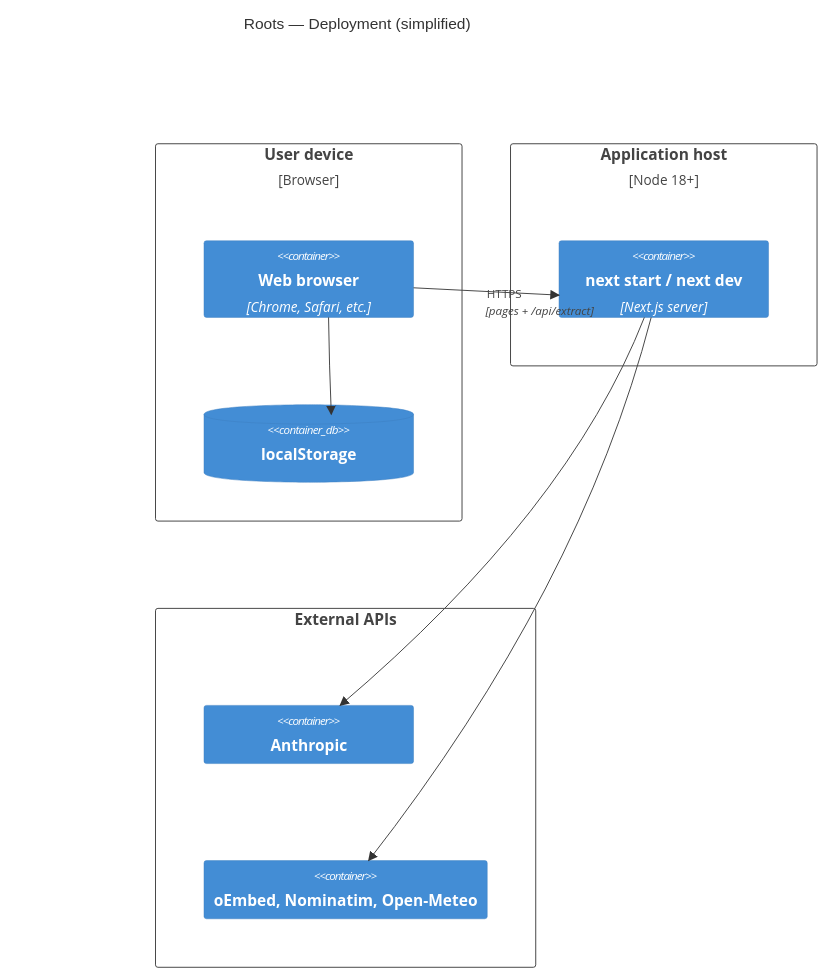
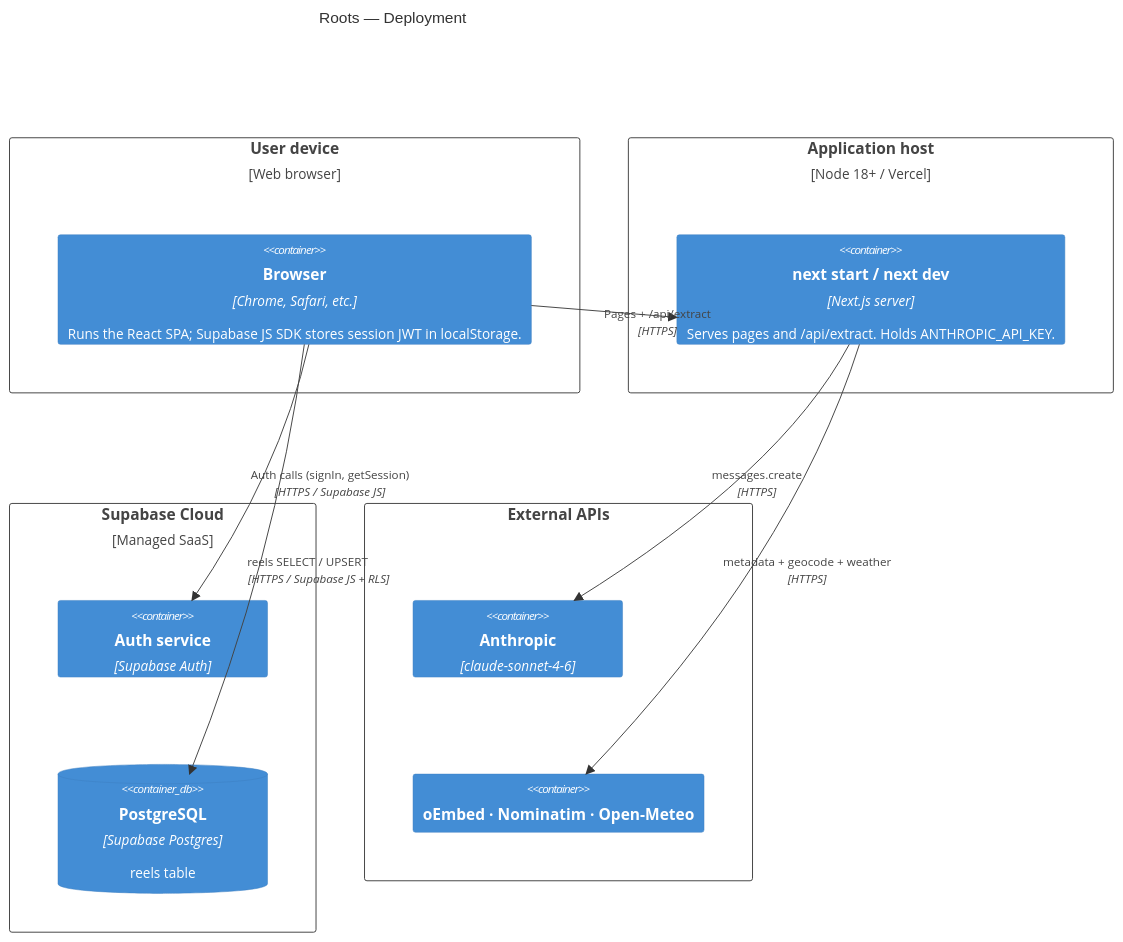
One commit to CSEN-SCU/csen-174-s26-team-project-roots-app changed the seventh of 7 diagrams in architecture/updated-architecture.md. Above: the diagram before and after it, drawn with Mermaid. The commit also changed other lines of this file, not shown here.

First line of the commit message:
Revise architecture documentation for Supabase migration

````diff
--- a/architecture/updated-architecture.md
+++ b/architecture/updated-architecture.md
@@ -235,23 +272,28 @@
 ```mermaid
 C4Deployment
-    title Roots — Deployment (simplified)
+    title Roots — Deployment
 
-    Deployment_Node(user_device, "User device", "Browser") {
-        Container(browser, "Web browser", "Chrome, Safari, etc.")
-        ContainerDb(ls, "localStorage", "")
+    Deployment_Node(user_device, "User device", "Web browser") {
+        Container(browser, "Browser", "Chrome, Safari, etc.", "Runs the React SPA; Supabase JS SDK stores session JWT in localStorage.")
     }
 
-    Deployment_Node(host, "Application host", "Node 18+") {
-        Container(next, "next start / next dev", "Next.js server")
+    Deployment_Node(host, "Application host", "Node 18+ / Vercel") {
+        Container(next, "next start / next dev", "Next.js server", "Serves pages and /api/extract. Holds ANTHROPIC_API_KEY.")
+    }
+
+    Deployment_Node(supabase_cloud, "Supabase Cloud", "Managed SaaS") {
+        Container(sb_auth_node, "Auth service", "Supabase Auth", "")
+        ContainerDb(sb_pg, "PostgreSQL", "Supabase Postgres", "reels table")
     }
 
     Deployment_Node(cloud_apis, "External APIs", "") {
-        Container(anthropic, "Anthropic", "")
-        Container(geo_apis, "oEmbed, Nominatim, Open-Meteo", "")
+        Container(anthropic, "Anthropic", "claude-sonnet-4-6", "")
+        Container(geo_apis, "oEmbed · Nominatim · Open-Meteo", "", "")
     }
 
-    Rel(browser, next, "HTTPS", "pages + /api/extract")
-    Rel(browser, ls, "")
-    Rel(next, anthropic, "")
-    Rel(next, geo_apis, "")
+    Rel(browser, next, "Pages + /api/extract", "HTTPS")
+    Rel(browser, sb_auth_node, "Auth calls (signIn, getSession)", "HTTPS / Supabase JS")
+    Rel(browser, sb_pg, "reels SELECT / UPSERT", "HTTPS / Supabase JS + RLS")
+    Rel(next, anthropic, "messages.create", "HTTPS")
+    Rel(next, geo_apis, "metadata + geocode + weather", "HTTPS")
 ```
````
